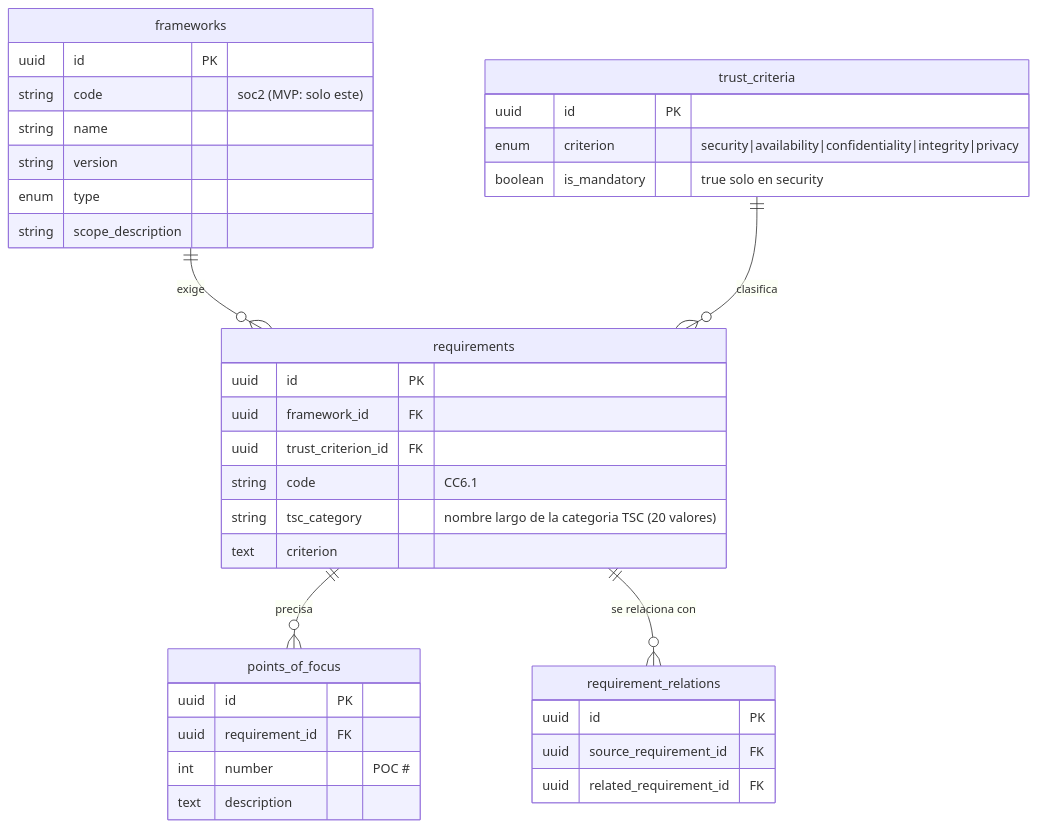
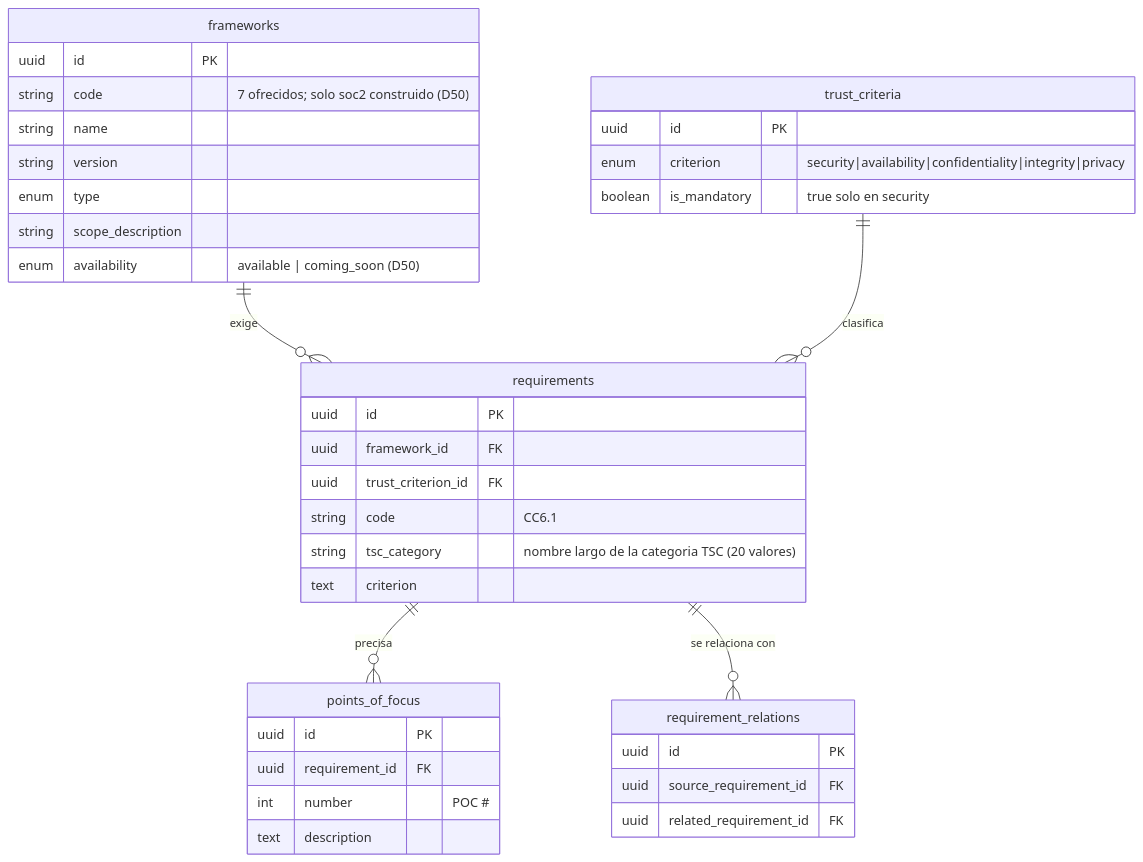
Before and after one commit to Monkey-GRC/Monkey-Brain-IA: the first of 16 diagrams in skills/product/monkey-compliance-council/references/modelo-datos.md, drawn with Mermaid. The commit also changed other lines of this file and 10 other files, not shown here.

````diff
--- a/skills/product/monkey-compliance-council/references/modelo-datos.md
+++ b/skills/product/monkey-compliance-council/references/modelo-datos.md
@@ -286,39 +286,40 @@
 ```mermaid
 erDiagram
     frameworks {
         uuid id PK
-        string code "soc2 (MVP: solo este)"
+        string code "7 ofrecidos; solo soc2 construido (D50)"
         string name
         string version
         enum type
         string scope_description
+        enum availability "available | coming_soon (D50)"
     }
     requirements {
         uuid id PK
         uuid framework_id FK
         uuid trust_criterion_id FK
         string code "CC6.1"
         string tsc_category "nombre largo de la categoria TSC (20 valores)"
         text criterion
     }
     points_of_focus {
         uuid id PK
         uuid requirement_id FK
         int number "POC #"
         text description
     }
     requirement_relations {
         uuid id PK
         uuid source_requirement_id FK
         uuid related_requirement_id FK
     }
     trust_criteria {
         uuid id PK
         enum criterion "security|availability|confidentiality|integrity|privacy"
         boolean is_mandatory "true solo en security"
     }
     frameworks ||--o{ requirements : "exige"
     requirements ||--o{ points_of_focus : "precisa"
     requirements ||--o{ requirement_relations : "se relaciona con"
     trust_criteria ||--o{ requirements : "clasifica"
 ```
````
